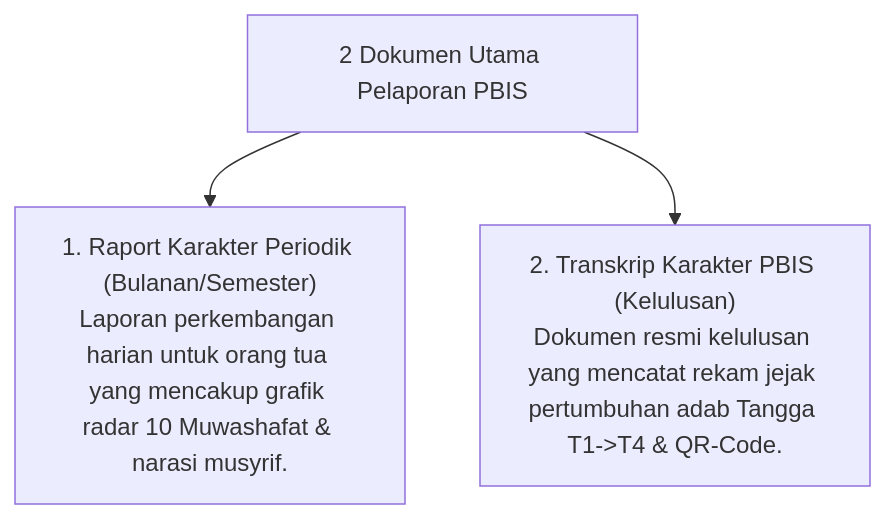
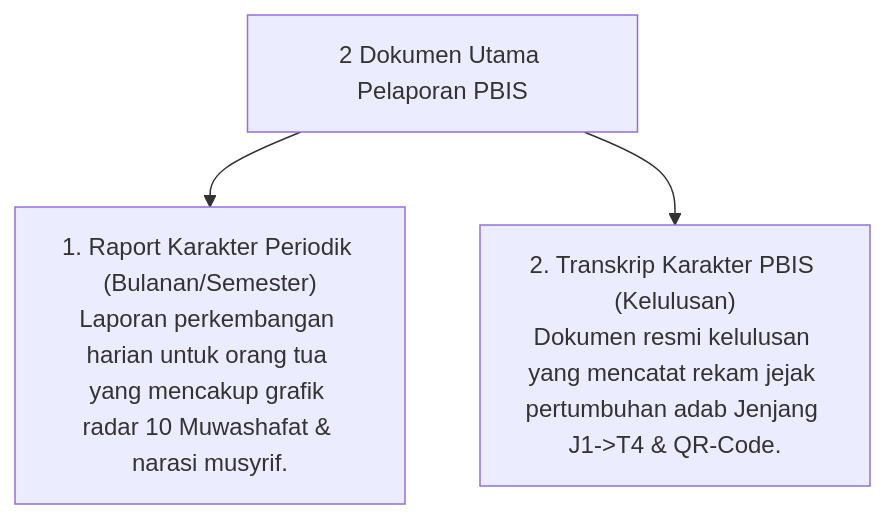
The diagram in 05 Assessment Framework/11 Reporting/P5-11-Sistem-Pelaporan-dan-Transkrip-Karakter.md (wandiapriliyandi/tumbuh), drawn with Mermaid before and after one commit. The commit also changed other lines of this file and 209 other files, not shown here.

````diff
--- a/05 Assessment Framework/11 Reporting/P5-11-Sistem-Pelaporan-dan-Transkrip-Karakter.md
+++ b/05 Assessment Framework/11 Reporting/P5-11-Sistem-Pelaporan-dan-Transkrip-Karakter.md
@@ -14,6 +14,6 @@
 ```mermaid
 graph TD
     ReportSystem["2 Dokumen Utama Pelaporan PBIS"]
     ReportSystem --> ProgressReport["1. Raport Karakter Periodik (Bulanan/Semester)<br/>Laporan perkembangan harian untuk orang tua yang mencakup grafik radar 10 Muwashafat & narasi musyrif."]
-    ReportSystem --> TranscriptPBIS["2. Transkrip Karakter PBIS (Kelulusan)<br/>Dokumen resmi kelulusan yang mencatat rekam jejak pertumbuhan adab Tangga T1->T4 & QR-Code."]
+    ReportSystem --> TranscriptPBIS["2. Transkrip Karakter PBIS (Kelulusan)<br/>Dokumen resmi kelulusan yang mencatat rekam jejak pertumbuhan adab Jenjang J1->T4 & QR-Code."]
 ```
````
